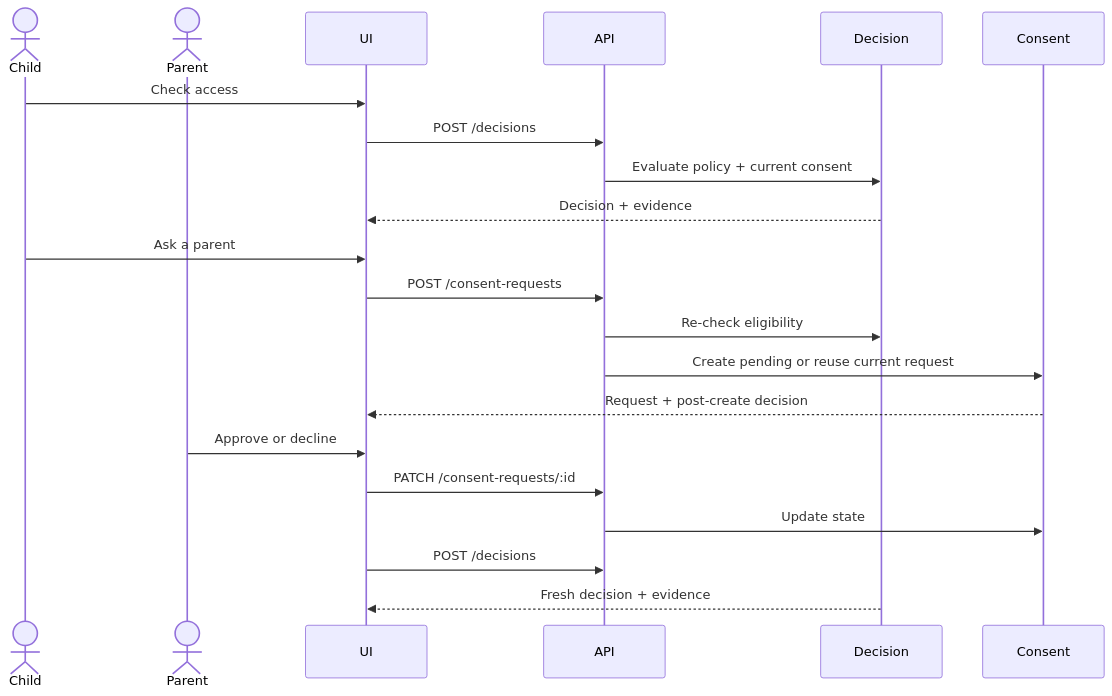
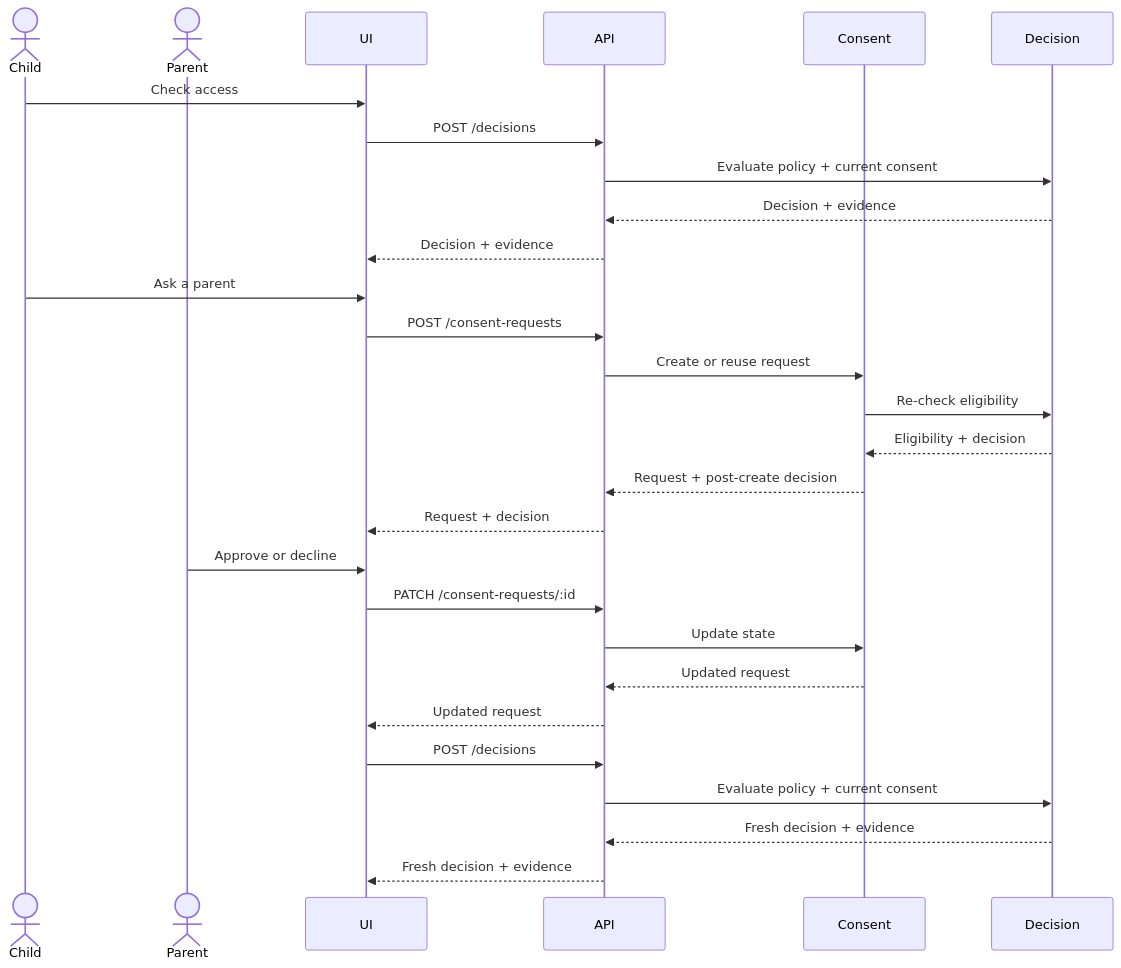
The fourth of 5 diagrams in docs/DESIGN.md (licaomeng/consent-gate), drawn with Mermaid before and after one commit. The commit also changed other lines of this file and 6 other files, not shown here.

````diff
--- a/docs/DESIGN.md
+++ b/docs/DESIGN.md
@@ -276,24 +258,31 @@
 ```mermaid
 sequenceDiagram
     actor Child
     actor Parent
     participant UI
     participant API
+    participant Consent
     participant Decision
-    participant Consent
 
     Child->>UI: Check access
     UI->>API: POST /decisions
     API->>Decision: Evaluate policy + current consent
-    Decision-->>UI: Decision + evidence
+    Decision-->>API: Decision + evidence
+    API-->>UI: Decision + evidence
     Child->>UI: Ask a parent
     UI->>API: POST /consent-requests
-    API->>Decision: Re-check eligibility
-    API->>Consent: Create pending or reuse current request
-    Consent-->>UI: Request + post-create decision
+    API->>Consent: Create or reuse request
+    Consent->>Decision: Re-check eligibility
+    Decision-->>Consent: Eligibility + decision
+    Consent-->>API: Request + post-create decision
+    API-->>UI: Request + decision
     Parent->>UI: Approve or decline
     UI->>API: PATCH /consent-requests/:id
     API->>Consent: Update state
+    Consent-->>API: Updated request
+    API-->>UI: Updated request
     UI->>API: POST /decisions
-    Decision-->>UI: Fresh decision + evidence
+    API->>Decision: Evaluate policy + current consent
+    Decision-->>API: Fresh decision + evidence
+    API-->>UI: Fresh decision + evidence
 ```
````
